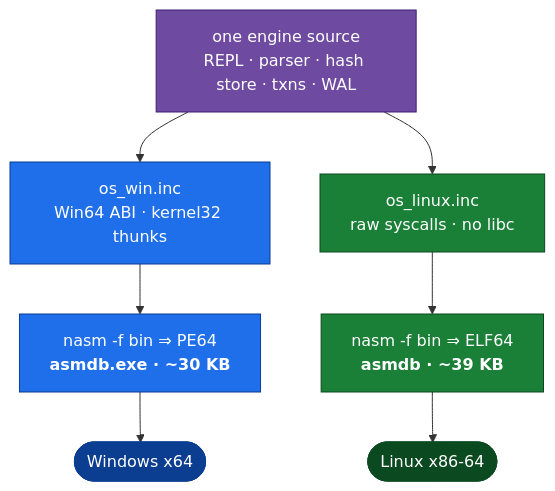
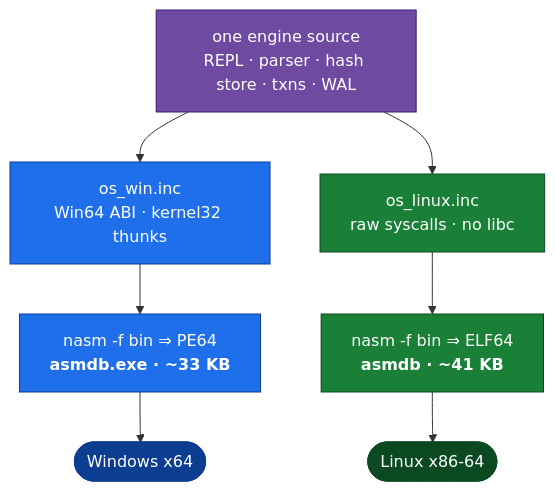
The first of 2 diagrams in README.md (fredgis/asmDB), drawn with Mermaid before and after one commit. The commit also changed other lines of this file and 14 other files, not shown here.

First line of the commit message:
1.1.0: CDC lineage, dense sequences, and four audit fixes

````diff
--- a/README.md
+++ b/README.md
@@ -136,19 +136,19 @@
 ```mermaid
 flowchart TD
     SRC["one engine source<br/>REPL · parser · hash store · txns · WAL"]:::core
 
     SRC --> WIN["os_win.inc<br/>Win64 ABI · kernel32 thunks"]:::win
     SRC --> LIN["os_linux.inc<br/>raw syscalls · no libc"]:::lin
 
-    WIN --> PE["nasm -f bin ⇒ PE64<br/><b>asmdb.exe · ~30 KB</b>"]:::win
-    LIN --> ELF["nasm -f bin ⇒ ELF64<br/><b>asmdb · ~39 KB</b>"]:::lin
+    WIN --> PE["nasm -f bin ⇒ PE64<br/><b>asmdb.exe · ~33 KB</b>"]:::win
+    LIN --> ELF["nasm -f bin ⇒ ELF64<br/><b>asmdb · ~41 KB</b>"]:::lin
 
     PE --> WOS(["Windows x64"]):::winb
     ELF --> LOS(["Linux x86-64"]):::linb
 
     classDef core fill:#6e4aa0,stroke:#3b1e75,color:#fff
     classDef win  fill:#1f6feb,stroke:#0b3d91,color:#fff
     classDef lin  fill:#1a7f37,stroke:#0b4a20,color:#fff
     classDef winb fill:#0b3d91,stroke:#0b3d91,color:#fff
     classDef linb fill:#0b4a20,stroke:#0b4a20,color:#fff
 ```
````
